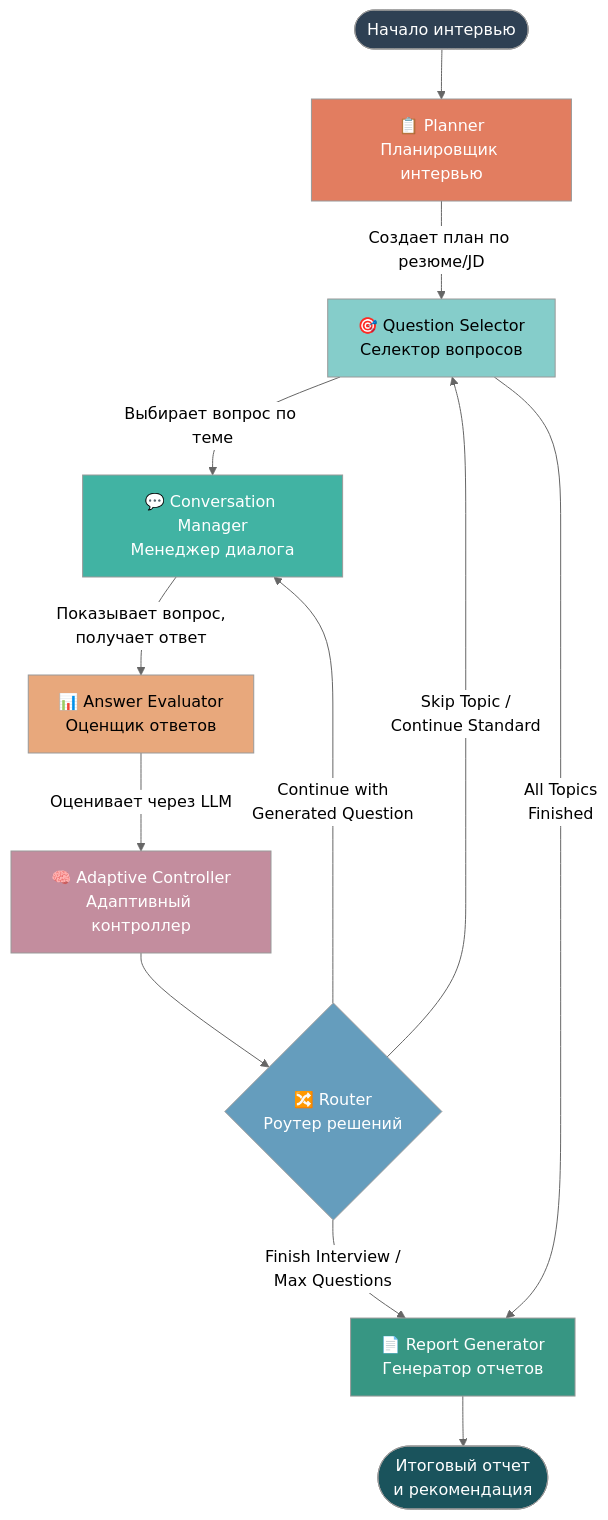
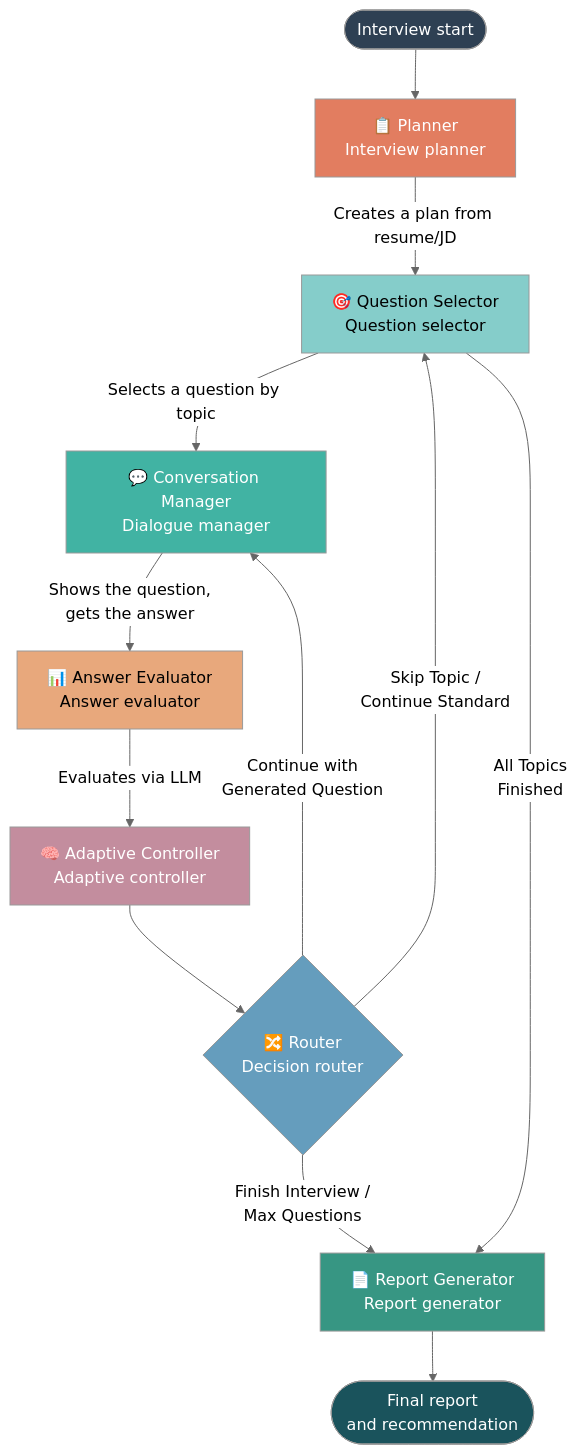
The third of 4 diagrams in README.md (akayooo/ai-hr), drawn with Mermaid (neutral theme) before and after one commit. The commit also changed other lines of this file, not shown here.

````diff
--- a/README.md
+++ b/README.md
@@ -807,32 +807,32 @@
 ```mermaid
 flowchart TD
-    Start([Начало интервью]) --> Planner[📋 Planner<br/>Планировщик интервью]
+    Start([Interview start]) --> Planner[📋 Planner<br/>Interview planner]
   
-    Planner --> |Создает план по резюме/JD| Selector[🎯 Question Selector<br/>Селектор вопросов]
+    Planner --> |Creates a plan from resume/JD| Selector[🎯 Question Selector<br/>Question selector]
   
-    Selector --> |Выбирает вопрос по теме| ConvManager[💬 Conversation Manager<br/>Менеджер диалога]
+    Selector --> |Selects a question by topic| ConvManager[💬 Conversation Manager<br/>Dialogue manager]
   
-    ConvManager --> |Показывает вопрос,<br/>получает ответ| Evaluator[📊 Answer Evaluator<br/>Оценщик ответов]
+    ConvManager --> |Shows the question,<br/>gets the answer| Evaluator[📊 Answer Evaluator<br/>Answer evaluator]
   
-    Evaluator --> |Оценивает через LLM| Controller[🧠 Adaptive Controller<br/>Адаптивный контроллер]
+    Evaluator --> |Evaluates via LLM| Controller[🧠 Adaptive Controller<br/>Adaptive controller]
   
-    Controller --> Router{🔀 Router<br/>Роутер решений}
+    Controller --> Router{🔀 Router<br/>Decision router}
   
     Router --> |Continue with<br/>Generated Question| ConvManager
     Router --> |Skip Topic /<br/>Continue Standard| Selector
-    Router --> |Finish Interview /<br/>Max Questions| Reporter[📄 Report Generator<br/>Генератор отчетов]
+    Router --> |Finish Interview /<br/>Max Questions| Reporter[📄 Report Generator<br/>Report generator]
   
     Selector --> |All Topics<br/>Finished| Reporter
   
-    Reporter --> End([Итоговый отчет<br/>и рекомендация])
+    Reporter --> End([Final report<br/>and recommendation])
   
     style Start fill:#2E4053,color:white
     style End fill:#1A535C,color:white
     style Planner fill:#E27D60,color:white
     style Selector fill:#85CDCA,color:black
     style ConvManager fill:#41B3A3,color:white
     style Evaluator fill:#E8A87C,color:black
     style Controller fill:#C38D9E,color:white
     style Router fill:#659DBD,color:white
     style Reporter fill:#379683,color:white
 ```
````
